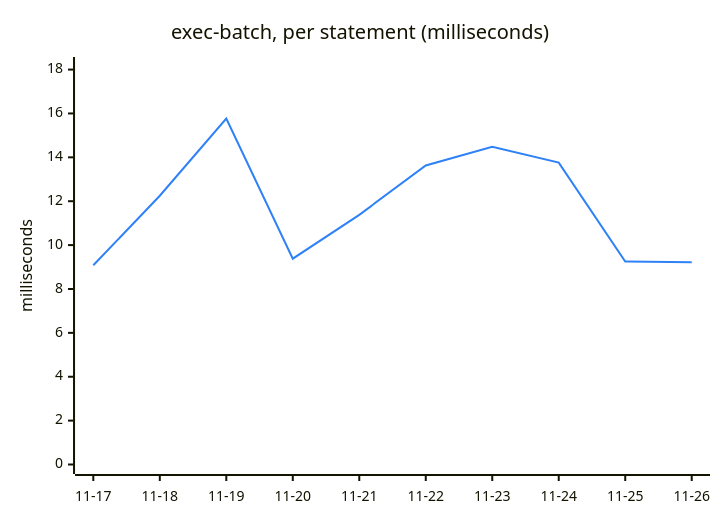
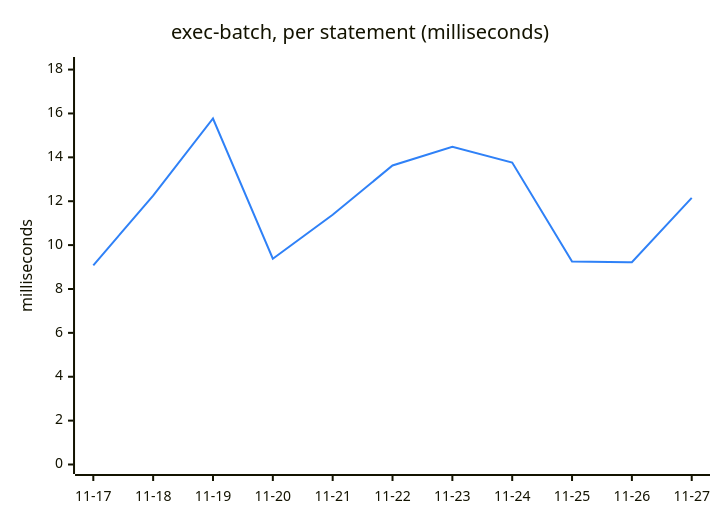
Before and after one commit to Ricovl/mxcli: the fifth of 6 diagrams in TREND.md, drawn with Mermaid. The commit also changed other lines of this file and 2 other files, not shown here.

````diff
--- a/TREND.md
+++ b/TREND.md
@@ -111,13 +111,13 @@
 ```mermaid
 ---
 config:
   themeVariables:
     xyChart:
       plotColorPalette: "#2f81f7"
 ---
 xychart-beta
     title "exec-batch, per statement (milliseconds)"
-    x-axis ["11-17", "11-18", "11-19", "11-20", "11-21", "11-22", "11-23", "11-24", "11-25", "11-26"]
+    x-axis ["11-17", "11-18", "11-19", "11-20", "11-21", "11-22", "11-23", "11-24", "11-25", "11-26", "11-27"]
     y-axis "milliseconds" 0 --> 18.14
-    line [9.08, 12.25, 15.77, 9.38, 11.38, 13.63, 14.48, 13.76, 9.25, 9.22]
+    line [9.08, 12.25, 15.77, 9.38, 11.38, 13.63, 14.48, 13.76, 9.25, 9.22, 12.15]
 ```
````
